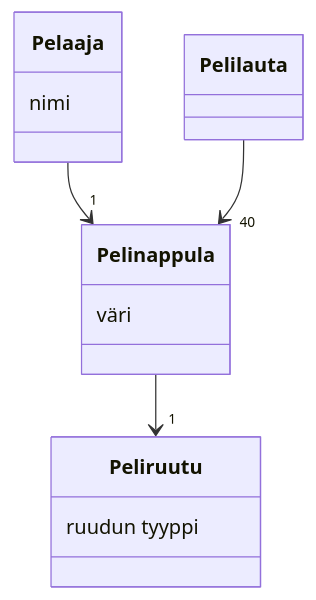
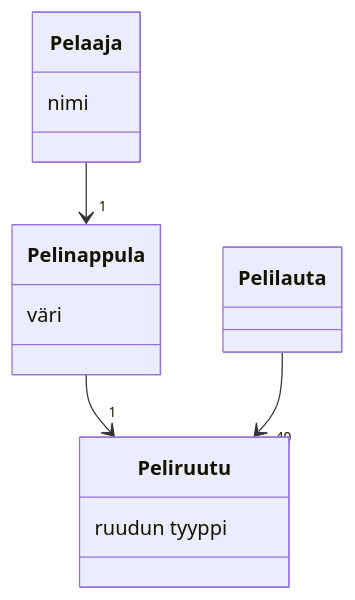
The diagram in laskarit/viikko3/monopoli.md (Jusq17/ot-harjoitustyo), drawn with Mermaid before and after one commit.

````diff
--- a/laskarit/viikko3/monopoli.md
+++ b/laskarit/viikko3/monopoli.md
@@ -3,25 +3,25 @@
 ```mermaid
 
   classDiagram
   
   Pelaaja --> "1" Pelinappula
   Pelinappula --> "1" Peliruutu
-  Pelilauta --> "40" Pelinappula
+  Pelilauta --> "40" Peliruutu
     
     class Pelaaja{
       nimi
     }
     
     class Pelinappula{
       väri
     }
     
     class Pelilauta{
     
     }
     
     class Peliruutu{
       ruudun tyyppi
     }
 
 ```
````
